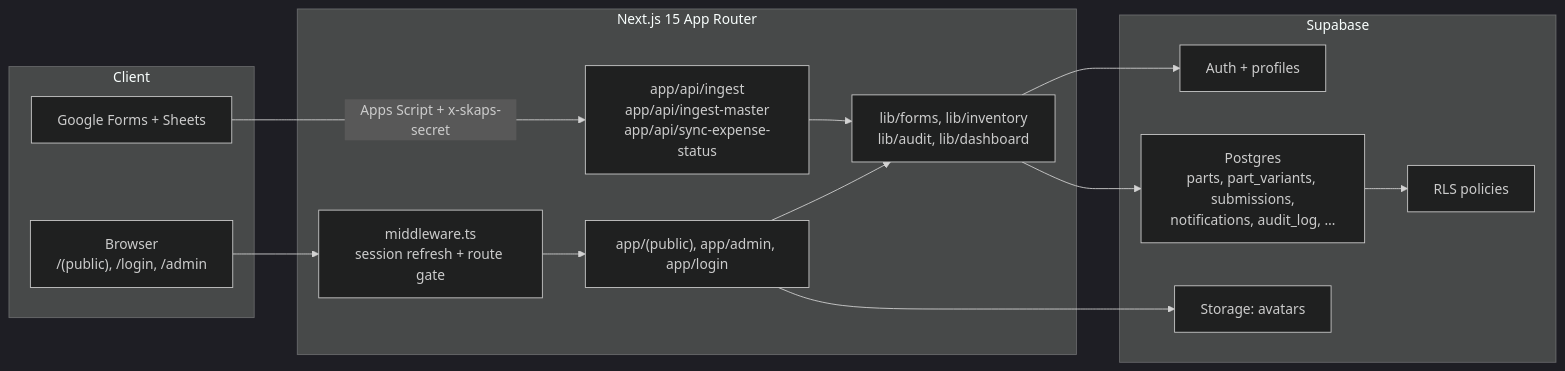
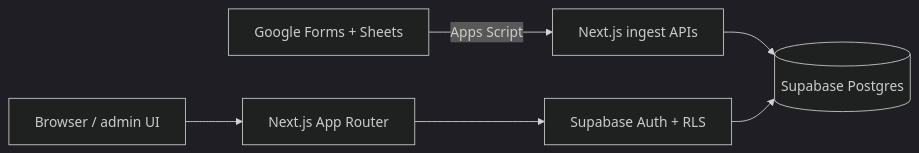
One commit to ar1shah/PartSync changed the first of 2 diagrams in README.md. Above: the diagram before and after it, drawn with Mermaid (dark theme). The commit also changed other lines of this file, not shown here.

````diff
--- a/README.md
+++ b/README.md
@@ -27,30 +41,8 @@
 ```mermaid
 flowchart LR
-  subgraph Client
-    Forms["Google Forms + Sheets"]
-    Browser["Browser<br/>/(public), /login, /admin"]
-  end
-
-  subgraph Next["Next.js 15 App Router"]
-    MW["middleware.ts<br/>session refresh + route gate"]
-    Pages["app/(public), app/admin, app/login"]
-    API["app/api/ingest<br/>app/api/ingest-master<br/>app/api/sync-expense-status"]
-    Lib["lib/forms, lib/inventory<br/>lib/audit, lib/dashboard"]
-  end
-
-  subgraph Data["Supabase"]
-    Auth["Auth + profiles"]
-    PG["Postgres<br/>parts, part_variants, submissions,<br/>notifications, audit_log, …"]
-    RLS["RLS policies"]
-    Storage["Storage: avatars"]
-  end
-
-  Forms -->|"Apps Script + x-skaps-secret"| API
-  Browser --> MW --> Pages
-  Pages --> Lib
-  API --> Lib
-  Lib --> Auth
-  Lib --> PG
-  PG --> RLS
-  Pages --> Storage
+  Forms["Google Forms + Sheets"] -->|Apps Script| Ingest["Next.js ingest APIs"]
+  Browser["Browser / admin UI"] --> App["Next.js App Router"]
+  Ingest --> DB[("Supabase Postgres")]
+  App --> Auth["Supabase Auth + RLS"]
+  Auth --> DB
 ```
````
